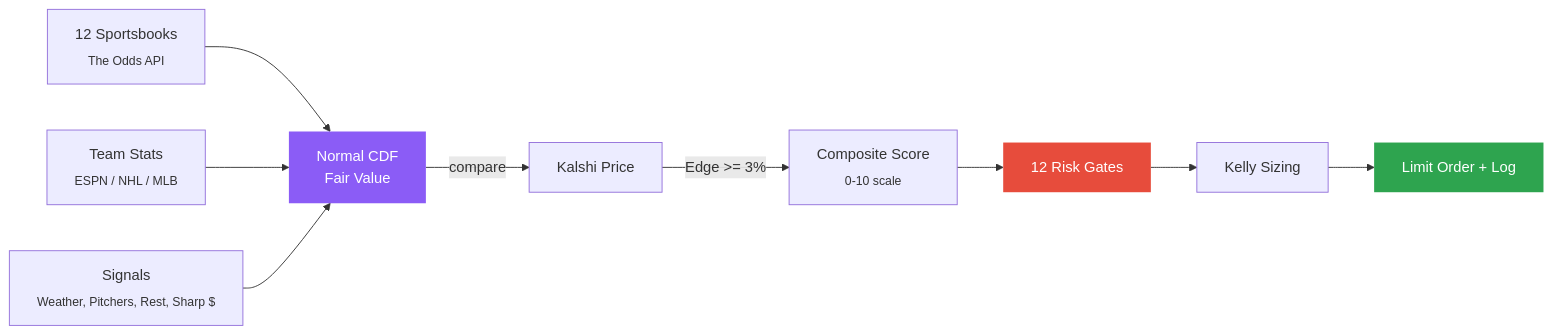
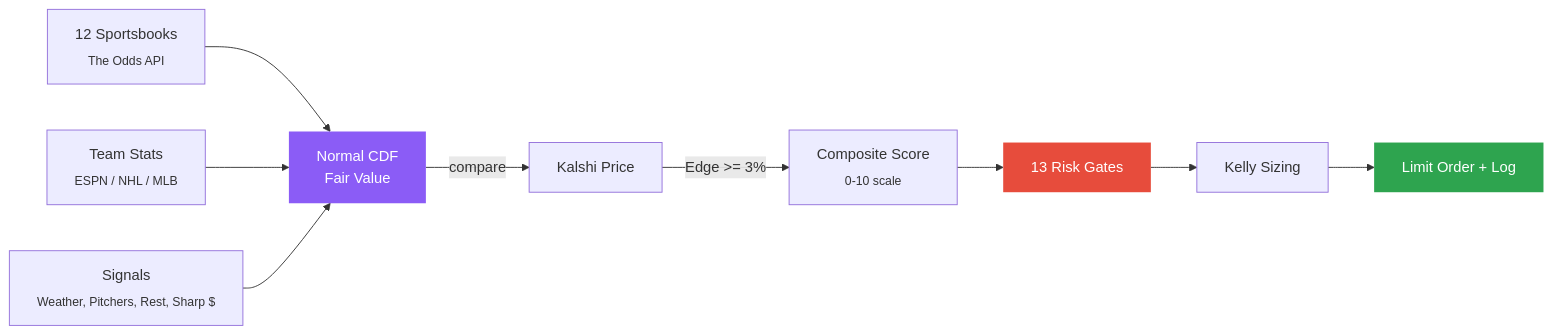
Before and after one commit to michaelschecht/Edge-Radar: the diagram in README.md, drawn with Mermaid. The commit also changed other lines of this file and 11 other files, not shown here.

````diff
--- a/README.md
+++ b/README.md
@@ -81,15 +81,15 @@
 ```mermaid
 graph LR
     A["12 Sportsbooks<br><sub>The Odds API</sub>"] --> D["Normal CDF<br>Fair Value"]
     B["Team Stats<br><sub>ESPN / NHL / MLB</sub>"] --> D
     C["Signals<br><sub>Weather, Pitchers, Rest, Sharp $</sub>"] --> D
     D -->|"compare"| E["Kalshi Price"]
     E -->|"Edge >= 3%"| F["Composite Score<br><sub>0-10 scale</sub>"]
-    F --> G["12 Risk Gates"]
+    F --> G["13 Risk Gates"]
     G --> H["Kelly Sizing"]
     H --> I["Limit Order + Log"]
 
     style D fill:#8B5CF6,color:#fff,stroke:none
     style G fill:#e74c3c,color:#fff,stroke:none
     style I fill:#2ea44f,color:#fff,stroke:none
 ```
````
